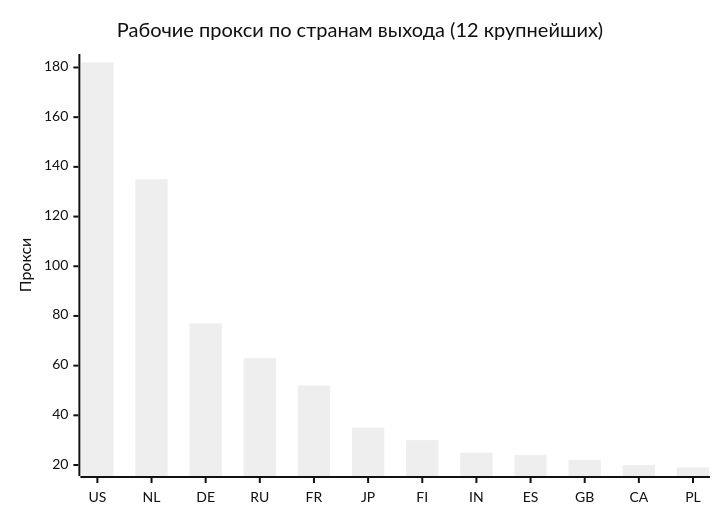
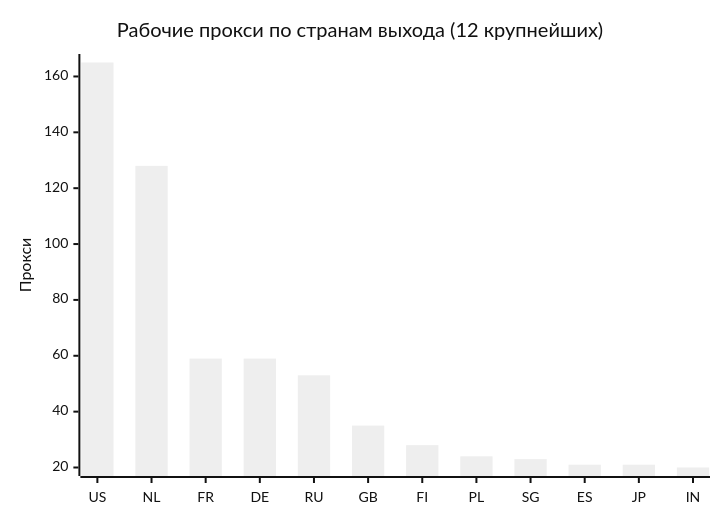
Before and after one commit to rvvg/proxy-subs: the second of 4 diagrams in README.md, drawn with Mermaid (neutral theme). The commit also changed other lines of this file and 58 other files, not shown here.

````diff
--- a/README.md
+++ b/README.md
@@ -138,7 +137,7 @@
 ```mermaid
 xychart-beta
     title "Рабочие прокси по странам выхода (12 крупнейших)"
-    x-axis ["US", "NL", "DE", "RU", "FR", "JP", "FI", "IN", "ES", "GB", "CA", "PL"]
+    x-axis ["US", "NL", "FR", "DE", "RU", "GB", "FI", "PL", "SG", "ES", "JP", "IN"]
     y-axis "Прокси"
-    bar [182, 135, 77, 63, 52, 35, 30, 25, 24, 22, 20, 19]
+    bar [165, 128, 59, 59, 53, 35, 28, 24, 23, 21, 21, 20]
 ```
````
